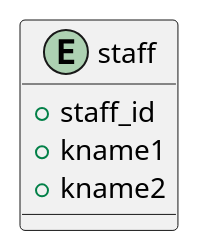
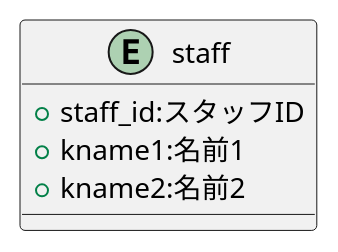
The diagram in Entity/staff.pu (popoposorara/ERP_ER), drawn with PlantUML before and after one commit. The commit also changed 5 other files, not shown here.

```diff
--- a/Entity/staff.pu
+++ b/Entity/staff.pu
@@ -1,9 +1,9 @@
 @startuml
 
 entity "staff"{
-    + staff_id
-    + kname1
-    + kname2
+    + staff_id:スタッフID
+    + kname1:名前1
+    + kname2:名前2
 }
 
 @enduml
```
